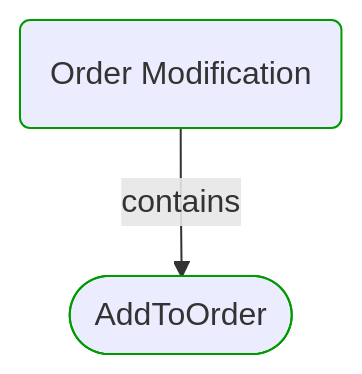
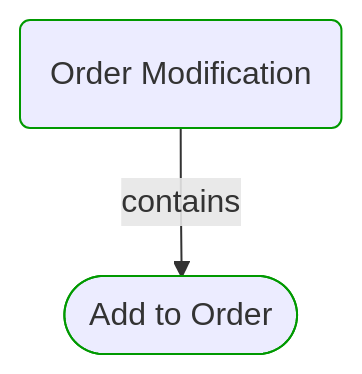
The third of 5 diagrams in Docs/P3/MermaidOutput/Domain/Concepts/Sales/WholesaleOrdering/OrderModification/OrderModification.md (itlibrium/DDD-starter-dotnet), drawn with Mermaid before and after one commit. The commit also changed other lines of this file and 51 other files, not shown here.

````diff
--- a/Docs/P3/MermaidOutput/Domain/Concepts/Sales/WholesaleOrdering/OrderModification/OrderModification.md
+++ b/Docs/P3/MermaidOutput/Domain/Concepts/Sales/WholesaleOrdering/OrderModification/OrderModification.md
@@ -53,11 +53,11 @@
 ```mermaid
   flowchart TB
     0(Order Modification)
     class 0 DomainPerspective
-    1([AddToOrder])
+    1([Add to Order])
     class 1 DomainPerspective
     0-->|contains|1
     classDef DomainPerspective stroke:#009900
     classDef TechnologyPerspective stroke:#1F41EB
     classDef PeoplePerspective stroke:#FFF014
 ```
````
